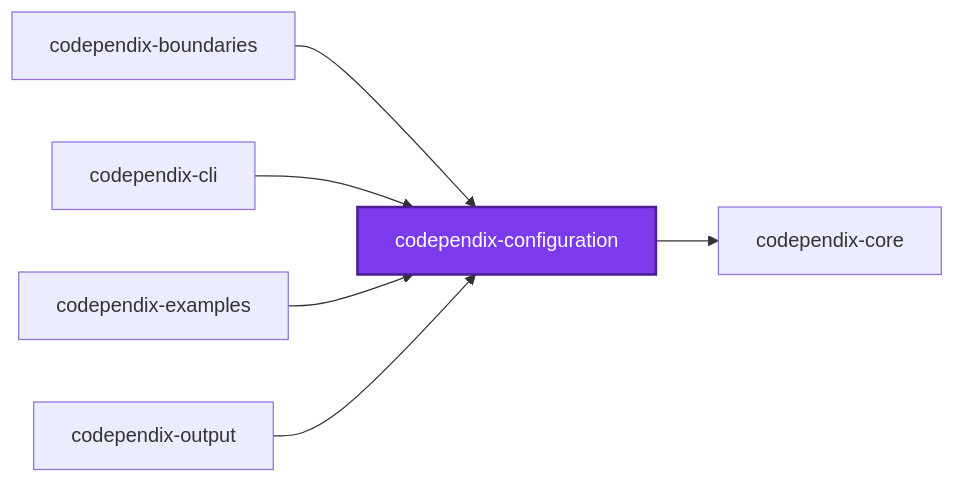
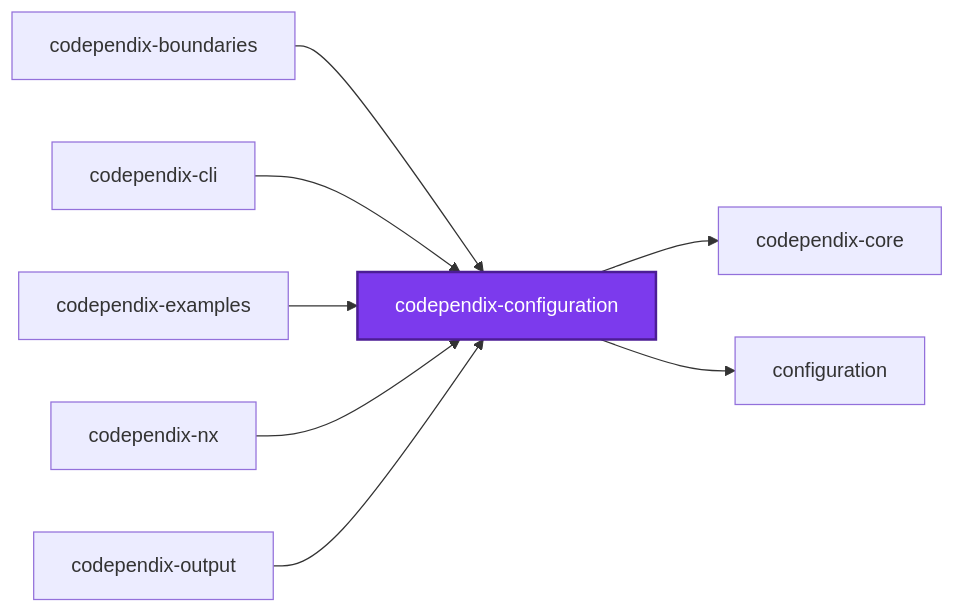
The first of 3 diagrams in projects/ic-suite/codependix/codependix-configuration/README.md (organizzolini/codebase), drawn with Mermaid before and after one commit. The commit also changed other lines of this file and 68 other files, not shown here.

````diff
--- a/projects/ic-suite/codependix/codependix-configuration/README.md
+++ b/projects/ic-suite/codependix/codependix-configuration/README.md
@@ -20,16 +20,20 @@
 ```mermaid
 graph LR
   codependix_boundaries["codependix-boundaries"]
   codependix_cli["codependix-cli"]
   codependix_configuration["codependix-configuration"]
   codependix_core["codependix-core"]
   codependix_examples["codependix-examples"]
+  codependix_nx["codependix-nx"]
   codependix_output["codependix-output"]
+  configuration["configuration"]
   codependix_boundaries --> codependix_configuration
   codependix_cli --> codependix_configuration
   codependix_configuration --> codependix_core
+  codependix_configuration --> configuration
   codependix_examples --> codependix_configuration
+  codependix_nx --> codependix_configuration
   codependix_output --> codependix_configuration
   classDef subject fill:#7c3aed,color:#fff,stroke:#4c1d95,stroke-width:2px
   class codependix_configuration subject
 ```
````
